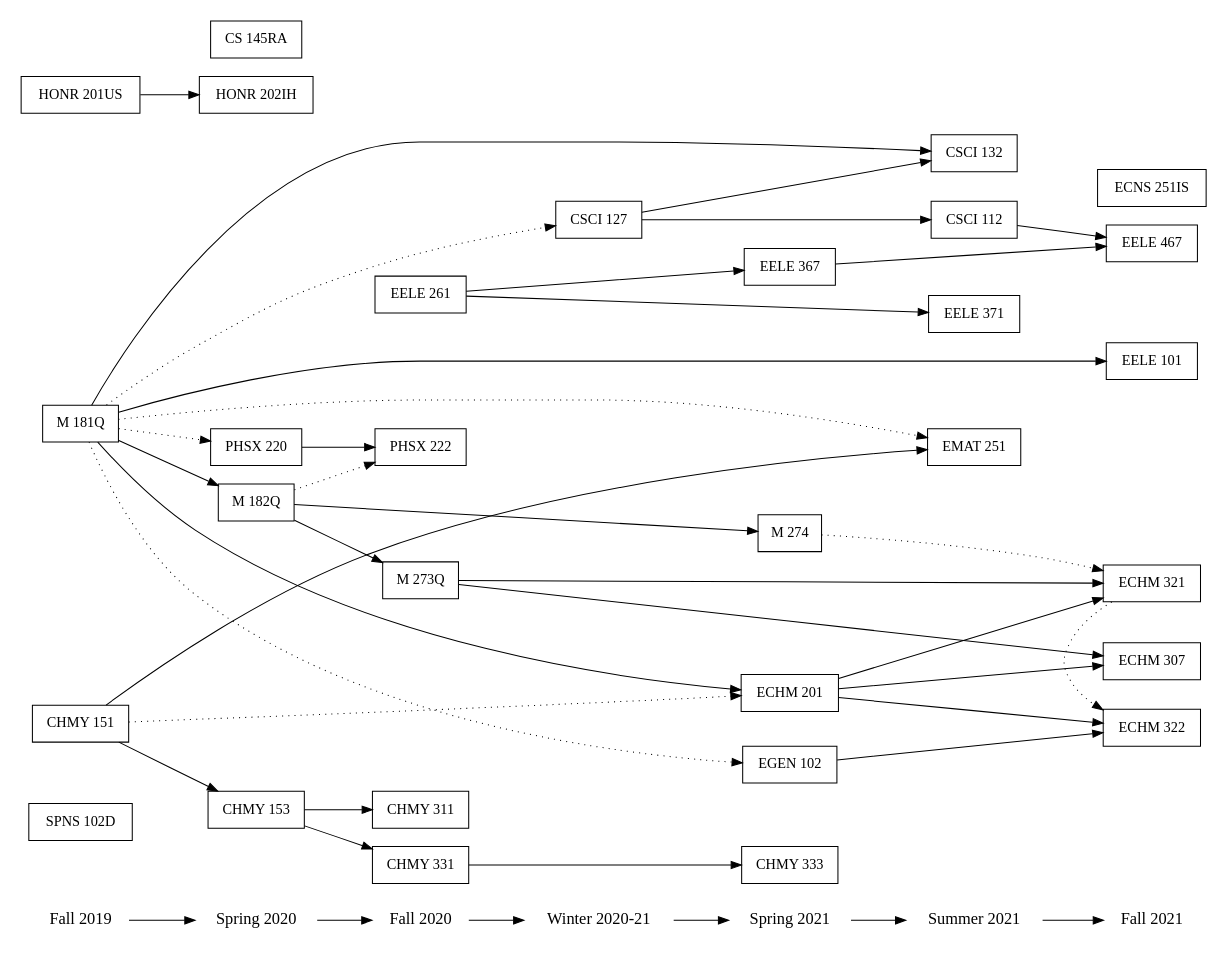
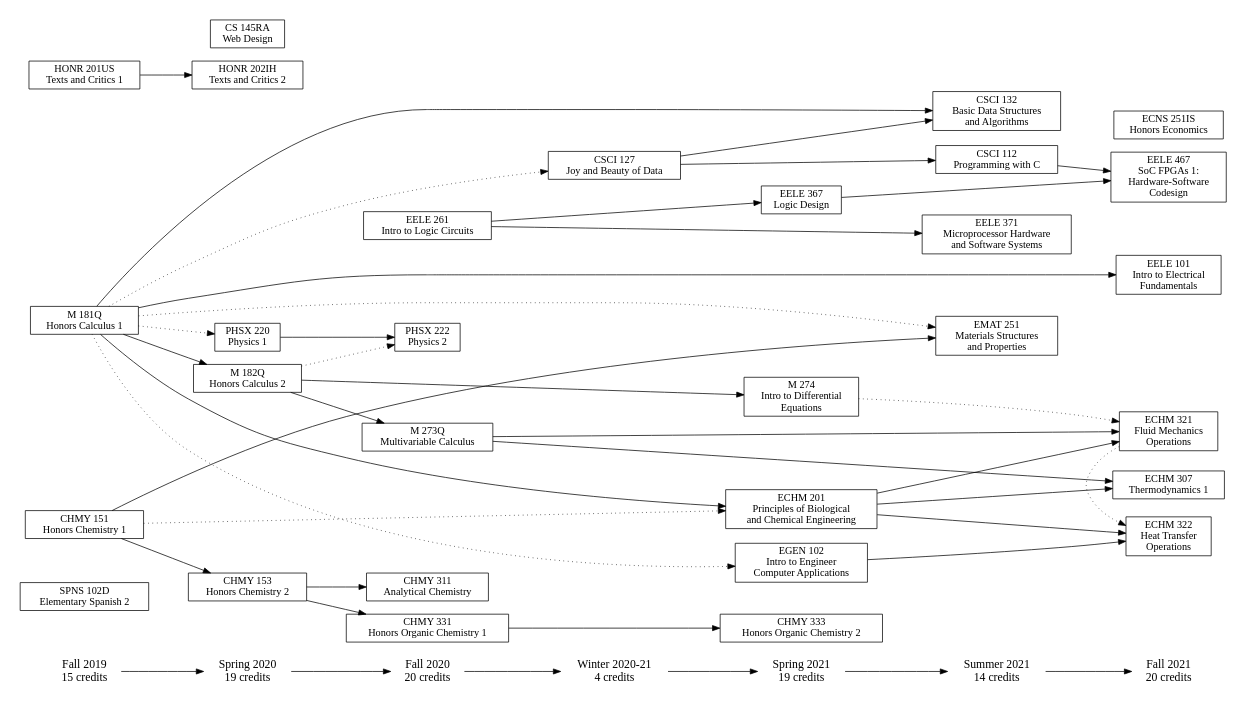
Before and after one commit to w-culhane/courses-flowchart: the diagram in graph.gv, drawn with Graphviz.

Commit message:
Add lots of additional information

```diff
--- a/graph.gv
+++ b/graph.gv
@@ -1,57 +1,103 @@
-digraph asde91 {
+digraph courses {
     ranksep=.75; size = "7.5,7.5"; rankdir=LR;
 
     {node [shape=plaintext, fontsize=16];
 	"Fall 2019" -> "Spring 2020" -> "Fall 2020" -> "Winter 2020-21"
 	-> "Spring 2021" -> "Summer 2021" -> "Fall 2021";
     }
+
+    "Fall 2019" [label="\N\n15 credits"]
+    "Spring 2020" [label="\N\n19 credits"]
+    "Fall 2020" [label="\N\n20 credits"]
+    "Winter 2020-21" [label="\N\n4 credits"]
+    "Spring 2021" [label="\N\n19 credits"]
+    "Summer 2021" [label="\N\n14 credits"]
+    "Fall 2021" [label="\N\n20 credits"]
 
     {node [shape=box];
 	{ rank = same; "Fall 2019"; "SPNS 102D"; "M 181Q"; "HONR 201US"; "CHMY 151"; }
 	{ rank = same; "Spring 2020"; "PHSX 220"; "M 182Q"; "HONR 202IH"; "CS 145RA"; "CHMY 153"; }
 	{ rank = same; "Fall 2020"; "PHSX 222"; "M 273Q"; "EELE 261"; "CHMY 331"; "CHMY 311"; }
 	{ rank = same; "Winter 2020-21"; "CSCI 127"; }
 	{ rank = same; "Spring 2021"; "M 274"; "EGEN 102"; "EELE 367"; "ECHM 201"; "CHMY 333"; }
 	{ rank = same; "Summer 2021"; "EMAT 251"; "EELE 371"; "CSCI 132"; "CSCI 112"; }
 	{ rank = same; "Fall 2021"; "EELE 467"; "EELE 101"; "ECNS 251IS"; "ECHM 322"; "ECHM 321"; "ECHM 307"; }
     }
 
+    "CHMY 151"   [label="\N\nHonors Chemistry 1"]
+    "HONR 201US" [label="\N\nTexts and Critics 1"]
+    "M 181Q"     [label="\N\nHonors Calculus 1"]
+    "SPNS 102D"  [label="\N\nElementary Spanish 2"]
+
+    "CHMY 153"   [label="\N\nHonors Chemistry 2"]
+    "CS 145RA"   [label="\N\nWeb Design"]
+    "HONR 202IH" [label="\N\nTexts and Critics 2"]
+    "M 182Q"     [label="\N\nHonors Calculus 2"]
+    "PHSX 220"   [label="\N\nPhysics 1"]
+
+    "CHMY 311"   [label="\N\nAnalytical Chemistry"]
+    "CHMY 331"   [label="\N\nHonors Organic Chemistry 1"]
+    "EELE 261"   [label="\N\nIntro to Logic Circuits"]
+    "M 273Q"     [label="\N\nMultivariable Calculus"]
+    "PHSX 222"   [label="\N\nPhysics 2"]
+
+    "CSCI 127"   [label="\N\nJoy and Beauty of Data"]
+
+    "CHMY 333"  [label="\N\nHonors Organic Chemistry 2"]
+    "ECHM 201"  [label="\N\nPrinciples of Biological\nand Chemical Engineering"]
+    "EELE 367"  [label="\N\nLogic Design"]
+    "EGEN 102"  [label="\N\nIntro to Engineer\nComputer Applications"]
+    "M 274"     [label="\N\nIntro to Differential\nEquations"]
+
+    "CSCI 112" [label="\N\nProgramming with C"]
+    "CSCI 132" [label="\N\nBasic Data Structures\nand Algorithms"]
+    "EELE 371" [label="\N\nMicroprocessor Hardware\nand Software Systems"]
+    "EMAT 251" [label="\N\nMaterials Structures\nand Properties"]
+
+    "ECHM 307" [label="\N\nThermodynamics 1"]
+    "ECHM 321" [label="\N\nFluid Mechanics\nOperations"]
+    "ECHM 322" [label="\N\nHeat Transfer\nOperations"]
+    "ECNS 251IS" [label="\N\nHonors Economics"]
+    "EELE 101" [label="\N\nIntro to Electrical\nFundamentals"]
+    "EELE 467" [label="\N\nSoC FPGAs 1:\nHardware-Software\nCodesign"]
+
+    // Spring 2020
     "CHMY 151" -> "CHMY 153";
     "HONR 201US" -> "HONR 202IH";
     "M 181Q" -> "M 182Q";
     "M 181Q" -> "PHSX 220" [style=dotted];
 
-    "CHMY 153" -> "CHMY 311";
-    "CHMY 153" -> "CHMY 331";
+    // Fall 2020
+    "CHMY 153" -> { "CHMY 311" "CHMY 331" };
     "M 182Q" -> "M 273Q";
     "M 182Q" -> "PHSX 222" [style=dotted];
     "PHSX 220" -> "PHSX 222";
 
+    // Winter 2020-21
     "M 181Q" -> "CSCI 127" [style=dotted];
 
+    // Spring 2021
     "CHMY 151" -> "ECHM 201" [style=dotted];
     "CHMY 331" -> "CHMY 333";
     "EELE 261" -> "EELE 367";
     "M 181Q" -> "ECHM 201";
     "M 181Q" -> "EGEN 102" [style=dotted];
     "M 182Q" -> "M 274";
 
+    // Summer 2021
     "CHMY 151" -> "EMAT 251";
-    "CSCI 127" -> "CSCI 112";
-    "CSCI 127" -> "CSCI 132";
+    "CSCI 127" -> { "CSCI 112" "CSCI 132" };
     "EELE 261" -> "EELE 371";
     "M 181Q" -> "CSCI 132";
     "M 181Q" -> "EMAT 251" [style=dotted];
 
+    // Fall 2021
     "CSCI 112" -> "EELE 467";
-    "ECHM 201" -> "ECHM 307";
-    "ECHM 201" -> "ECHM 321";
-    "ECHM 201" -> "ECHM 322";
+    "ECHM 201" -> { "ECHM 307" "ECHM 321" "ECHM 322" };
     "ECHM 321" -> "ECHM 322" [style=dotted];
     "EELE 367" -> "EELE 467";
     "EGEN 102" -> "ECHM 322";
     "M 181Q" -> "EELE 101";
-    "M 273Q" -> "ECHM 307";
-    "M 273Q" -> "ECHM 321";
+    "M 273Q" -> { "ECHM 307" "ECHM 321" };
     "M 274" -> "ECHM 321" [style=dotted];
 }
```
